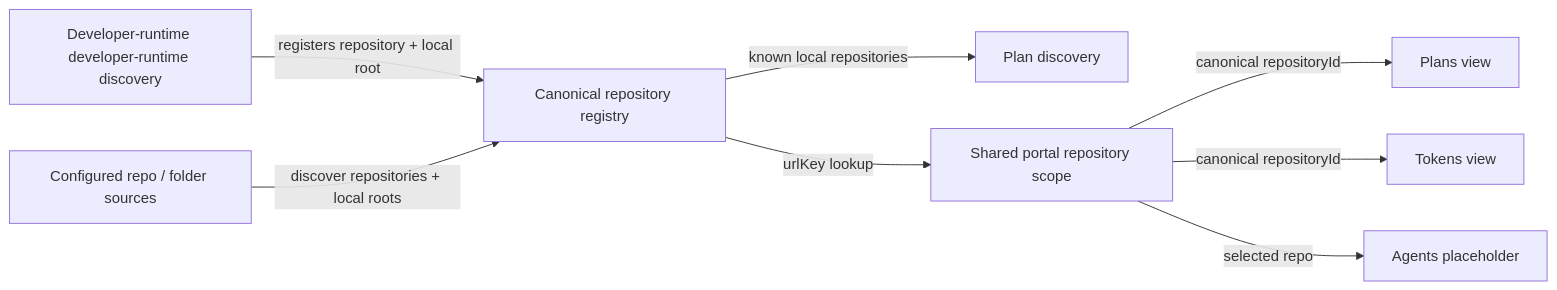
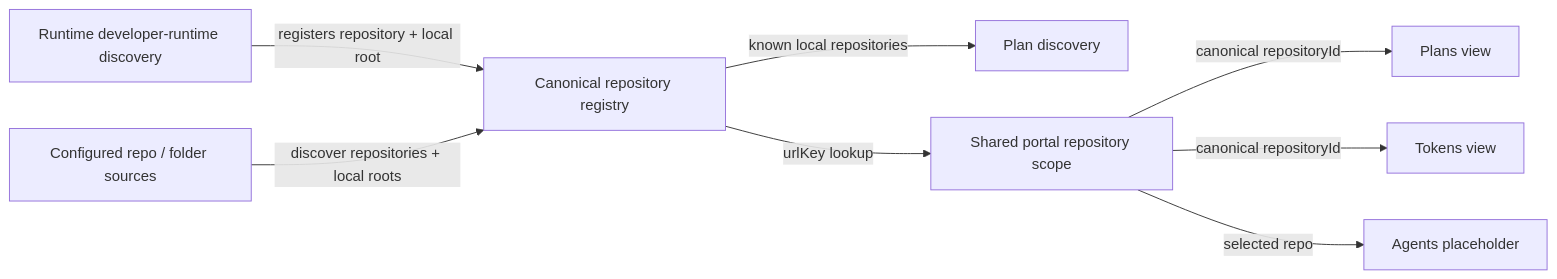
Before and after one commit to kirinmurphy/roborepo: the diagram in docs/plans/backlog/portal-repository-scope.md, drawn with Mermaid. The commit also changed other lines of this file and 43 other files, not shown here.

````diff
--- a/docs/plans/backlog/portal-repository-scope.md
+++ b/docs/plans/backlog/portal-repository-scope.md
@@ -75,10 +75,10 @@
 ```mermaid
 flowchart LR
-  Developer-runtime["Developer-runtime developer-runtime discovery"] -->|registers repository + local root| Registry["Canonical repository registry"]
+  Runtime["Runtime developer-runtime discovery"] -->|registers repository + local root| Registry["Canonical repository registry"]
   Sources["Configured repo / folder sources"] -->|discover repositories + local roots| Registry
   Registry -->|known local repositories| Plans["Plan discovery"]
   Registry -->|urlKey lookup| Scope["Shared portal repository scope"]
   Scope -->|canonical repositoryId| PlansView["Plans view"]
   Scope -->|canonical repositoryId| TokensView["Tokens view"]
   Scope -->|selected repo| AgentsView["Agents placeholder"]
 ```
````
